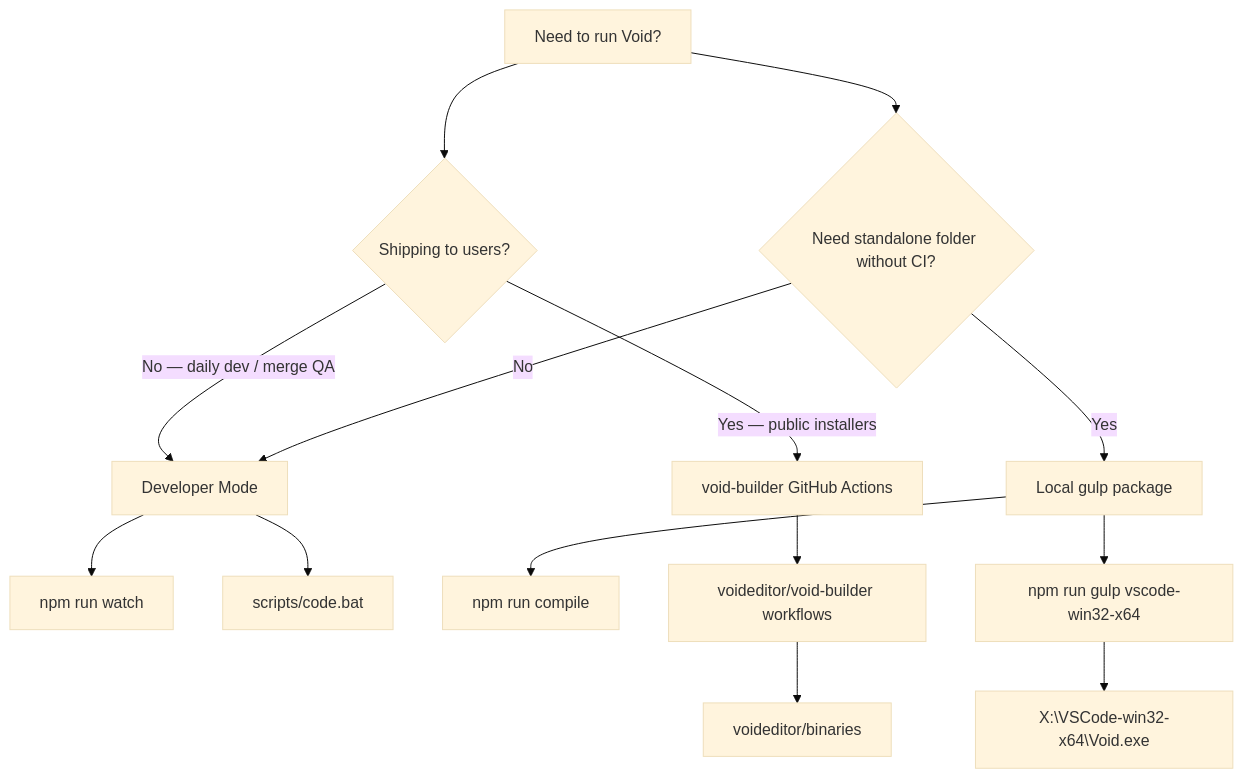
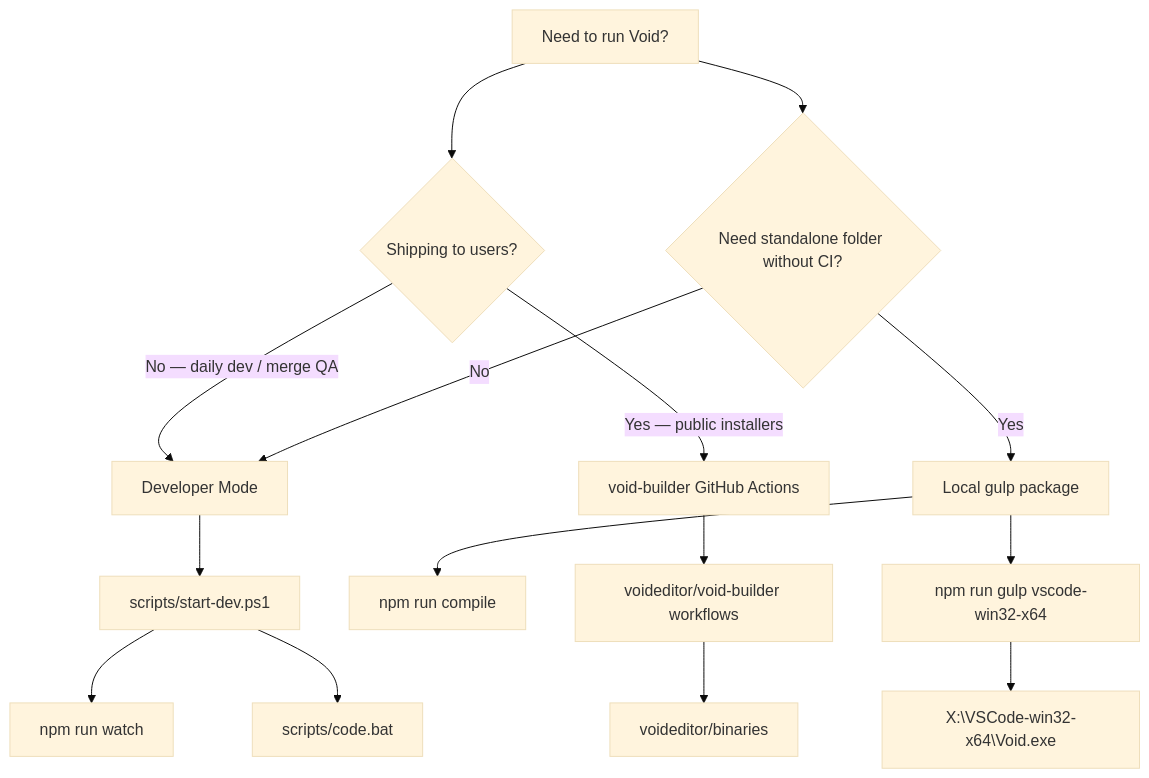
The first of 5 diagrams in docs/BUILD.md (agnisadhak01/void), drawn with Mermaid (base theme) before and after one commit. The commit also changed other lines of this file and 5 other files, not shown here.

Commit message:
Enhance documentation for developer mode by clarifying the use of `scripts/start-dev.ps1` for launching and watching the Void application. Update references in README, BUILD, and CURSOR_MERGE_WORKFLOW files to reflect new command structure and improve clarity on development processes.

````diff
--- a/docs/BUILD.md
+++ b/docs/BUILD.md
@@ -7,20 +7,21 @@
 ```mermaid
 flowchart TD
   START[Need to run Void?]
   START --> Q1{Shipping to users?}
   Q1 -->|No — daily dev / merge QA| DEV[Developer Mode]
   Q1 -->|Yes — public installers| CI[void-builder GitHub Actions]
   START --> Q2{Need standalone folder without CI?}
   Q2 -->|Yes| GULP[Local gulp package]
   Q2 -->|No| DEV
 
-  DEV --> D1[npm run watch]
-  DEV --> D2[scripts/code.bat]
+  DEV --> D0[scripts/start-dev.ps1]
+  D0 --> D1[npm run watch]
+  D0 --> D2[scripts/code.bat]
 
   GULP --> G1[npm run compile]
   GULP --> G2[npm run gulp vscode-win32-x64]
   G2 --> OUT[X:\VSCode-win32-x64\Void.exe]
 
   CI --> C1[voideditor/void-builder workflows]
   C1 --> REL[voideditor/binaries]
 ```
````
